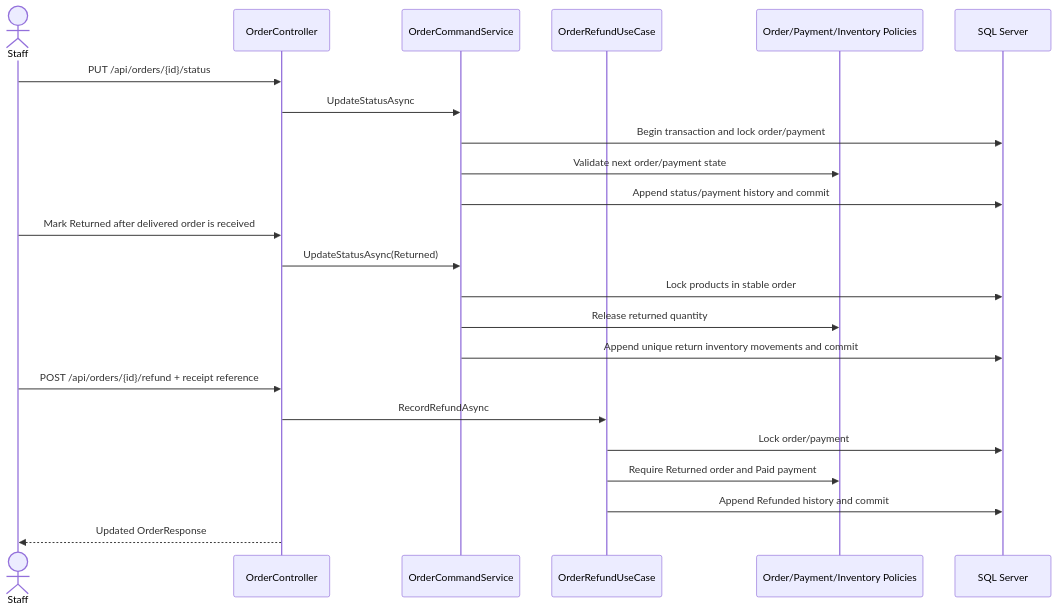
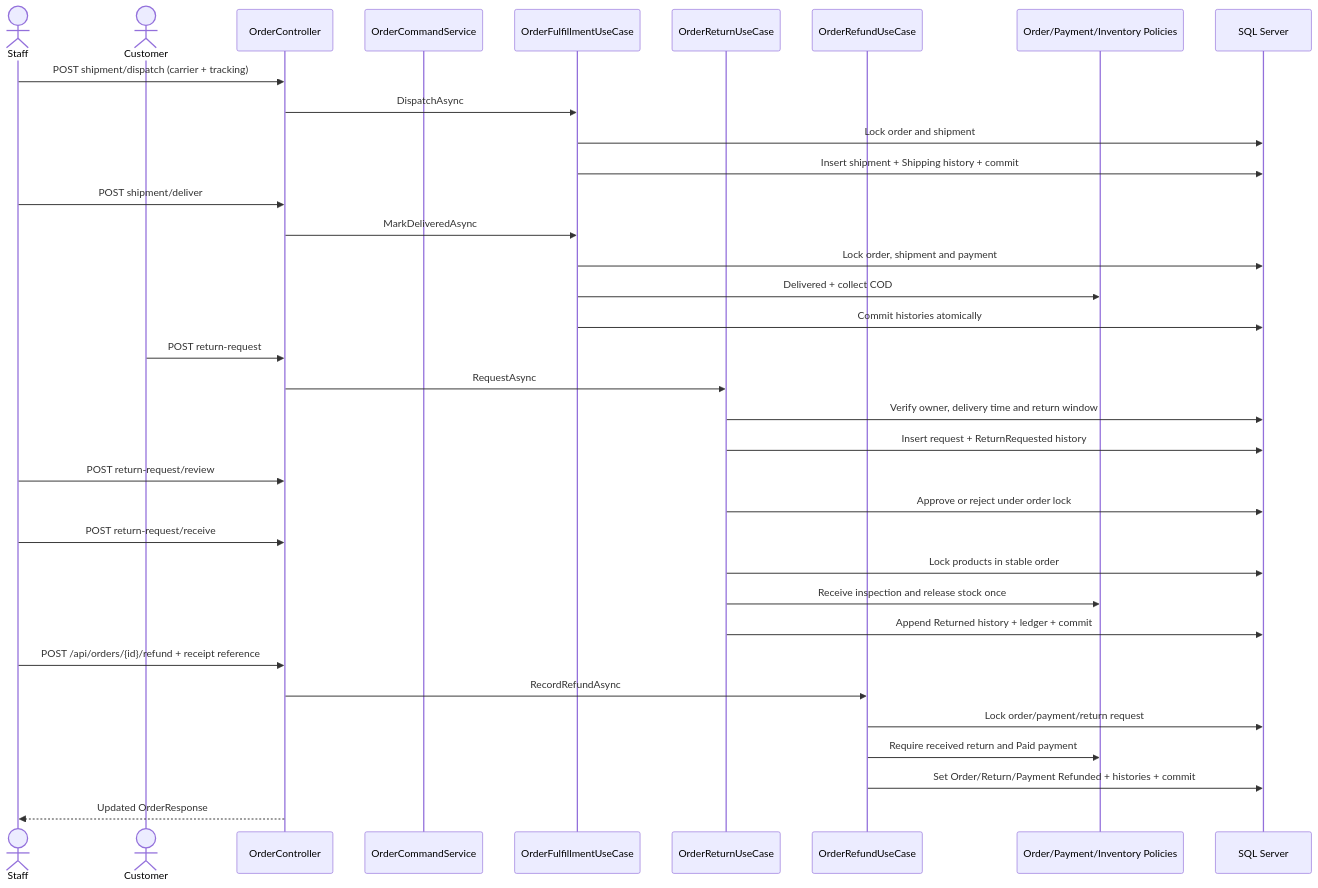
Before and after one commit to Giapnocap/ECommerceBackend: the third of 3 diagrams in docs/SEQUENCES.md, drawn with Mermaid. The commit also changed other lines of this file and 48 other files, not shown here.

Commit message:
feat: add fulfillment and return workflow

````diff
--- a/docs/SEQUENCES.md
+++ b/docs/SEQUENCES.md
@@ -67,28 +67,41 @@
 ```mermaid
 sequenceDiagram
     actor Staff
+    actor Customer
     participant API as OrderController
     participant Commands as OrderCommandService
+    participant Fulfillment as OrderFulfillmentUseCase
+    participant Returns as OrderReturnUseCase
     participant Refund as OrderRefundUseCase
     participant Rules as Order/Payment/Inventory Policies
     participant DB as SQL Server
 
-    Staff->>API: PUT /api/orders/{id}/status
-    API->>Commands: UpdateStatusAsync
-    Commands->>DB: Begin transaction and lock order/payment
-    Commands->>Rules: Validate next order/payment state
-    Commands->>DB: Append status/payment history and commit
+    Staff->>API: POST shipment/dispatch (carrier + tracking)
+    API->>Fulfillment: DispatchAsync
+    Fulfillment->>DB: Lock order and shipment
+    Fulfillment->>DB: Insert shipment + Shipping history + commit
 
-    Staff->>API: Mark Returned after delivered order is received
-    API->>Commands: UpdateStatusAsync(Returned)
-    Commands->>DB: Lock products in stable order
-    Commands->>Rules: Release returned quantity
-    Commands->>DB: Append unique return inventory movements and commit
+    Staff->>API: POST shipment/deliver
+    API->>Fulfillment: MarkDeliveredAsync
+    Fulfillment->>DB: Lock order, shipment and payment
+    Fulfillment->>Rules: Delivered + collect COD
+    Fulfillment->>DB: Commit histories atomically
+
+    Customer->>API: POST return-request
+    API->>Returns: RequestAsync
+    Returns->>DB: Verify owner, delivery time and return window
+    Returns->>DB: Insert request + ReturnRequested history
+    Staff->>API: POST return-request/review
+    Returns->>DB: Approve or reject under order lock
+    Staff->>API: POST return-request/receive
+    Returns->>DB: Lock products in stable order
+    Returns->>Rules: Receive inspection and release stock once
+    Returns->>DB: Append Returned history + ledger + commit
 
     Staff->>API: POST /api/orders/{id}/refund + receipt reference
     API->>Refund: RecordRefundAsync
-    Refund->>DB: Lock order/payment
-    Refund->>Rules: Require Returned order and Paid payment
-    Refund->>DB: Append Refunded history and commit
+    Refund->>DB: Lock order/payment/return request
+    Refund->>Rules: Require received return and Paid payment
+    Refund->>DB: Set Order/Return/Payment Refunded + histories + commit
     API-->>Staff: Updated OrderResponse
 ```
````
